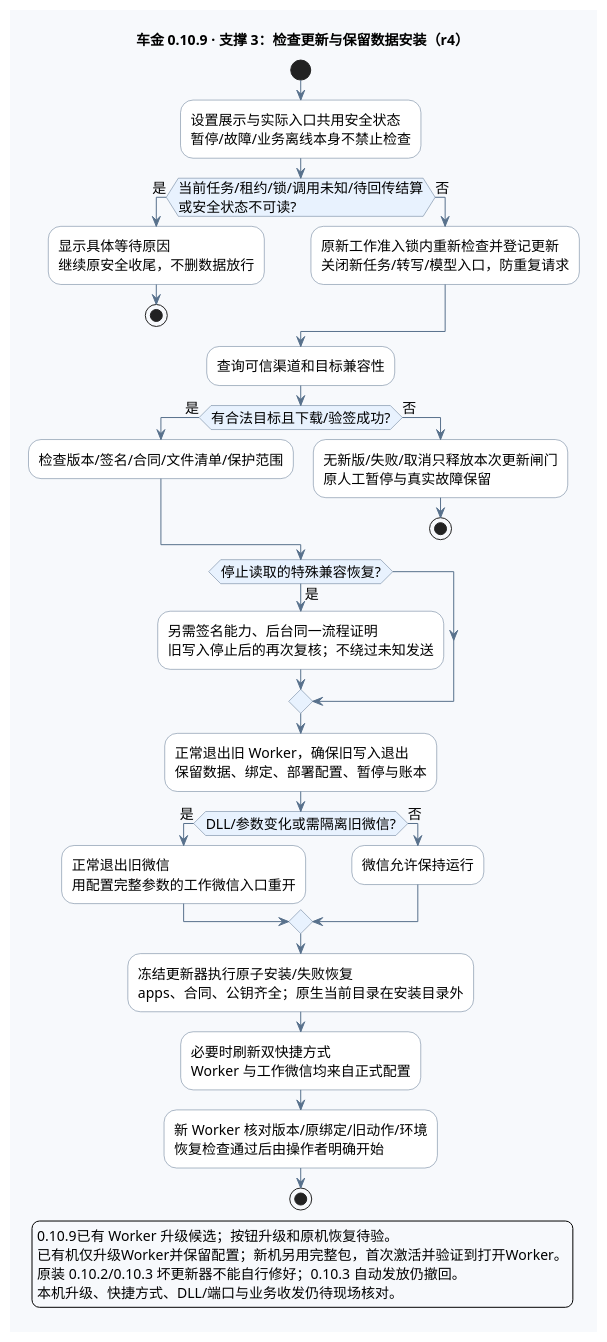
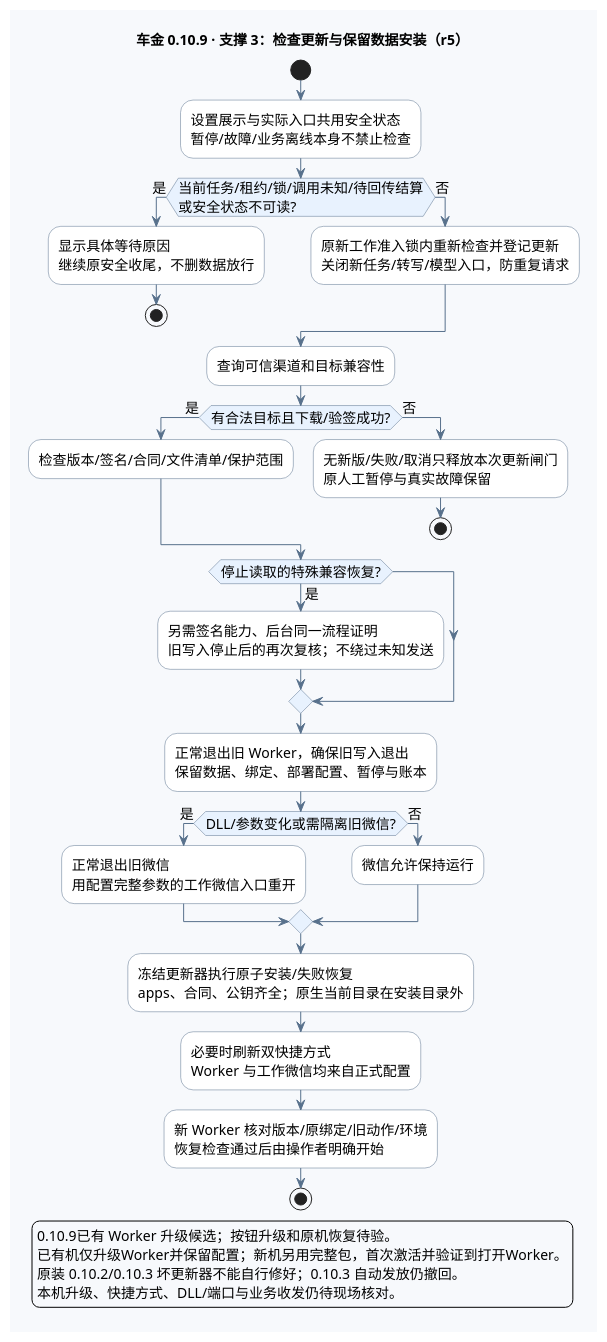
The fourth of 6 diagrams in deliverables/AI智能客服售前跟进系统_全流程图_v0.10.9.puml (edwardzhang0304/chejin-ai-sales), drawn with PlantUML before and after one commit. The commit also changed other lines of this file and 9 other files, not shown here.

```diff
--- a/deliverables/AI智能客服售前跟进系统_全流程图_v0.10.9.puml
+++ b/deliverables/AI智能客服售前跟进系统_全流程图_v0.10.9.puml
@@ -294,60 +296,60 @@
 @startuml update
 !pragma layout smetana
 skinparam defaultFontName "PingFang SC"
 skinparam defaultFontSize 14
 skinparam backgroundColor #F7F9FC
 skinparam shadowing false
 skinparam activityBackgroundColor #FFFFFF
 skinparam activityBorderColor #58718C
 skinparam activityDiamondBackgroundColor #E8F2FE
 skinparam activityDiamondBorderColor #58718C
 skinparam ArrowColor #58718C
 skinparam noteBackgroundColor #FFF4D9
 skinparam noteBorderColor #CDA556
-title 车金 0.10.9 · 支撑 3：检查更新与保留数据安装（r4）
+title 车金 0.10.9 · 支撑 3：检查更新与保留数据安装（r5）
 start
 :设置展示与实际入口共用安全状态
 暂停/故障/业务离线本身不禁止检查;
 if (当前任务/租约/锁/调用未知/待回传结算
 或安全状态不可读?) then (是)
   :显示具体等待原因
 继续原安全收尾，不删数据放行;
   stop
 else (否)
   :原新工作准入锁内重新检查并登记更新
 关闭新任务/转写/模型入口，防重复请求;
 endif
 :查询可信渠道和目标兼容性;
 if (有合法目标且下载/验签成功?) then (是)
   :检查版本/签名/合同/文件清单/保护范围;
 else (否)
   :无新版/失败/取消只释放本次更新闸门
 原人工暂停与真实故障保留;
   stop
 endif
 if (停止读取的特殊兼容恢复?) then (是)
   :另需签名能力、后台同一流程证明
 旧写入停止后的再次复核；不绕过未知发送;
 endif
 :正常退出旧 Worker，确保旧写入退出
 保留数据、绑定、部署配置、暂停与账本;
 if (DLL/参数变化或需隔离旧微信?) then (是)
   :正常退出旧微信
 用配置完整参数的工作微信入口重开;
 else (否)
   :微信允许保持运行;
 endif
 :冻结更新器执行原子安装/失败恢复
 apps、合同、公钥齐全；原生当前目录在安装目录外;
 :必要时刷新双快捷方式
 Worker 与工作微信均来自正式配置;
 :新 Worker 核对版本/原绑定/旧动作/环境
 恢复检查通过后由操作者明确开始;
 stop
 legend bottom
 0.10.9已有 Worker 升级候选；按钮升级和原机恢复待验。
 已有机仅升级Worker并保留配置；新机另用完整包，首次激活并验证到打开Worker。
 原装 0.10.2/0.10.3 坏更新器不能自行修好；0.10.3 自动发放仍撤回。
 本机升级、快捷方式、DLL/端口与业务收发仍待现场核对。
 endlegend
 @enduml
```
